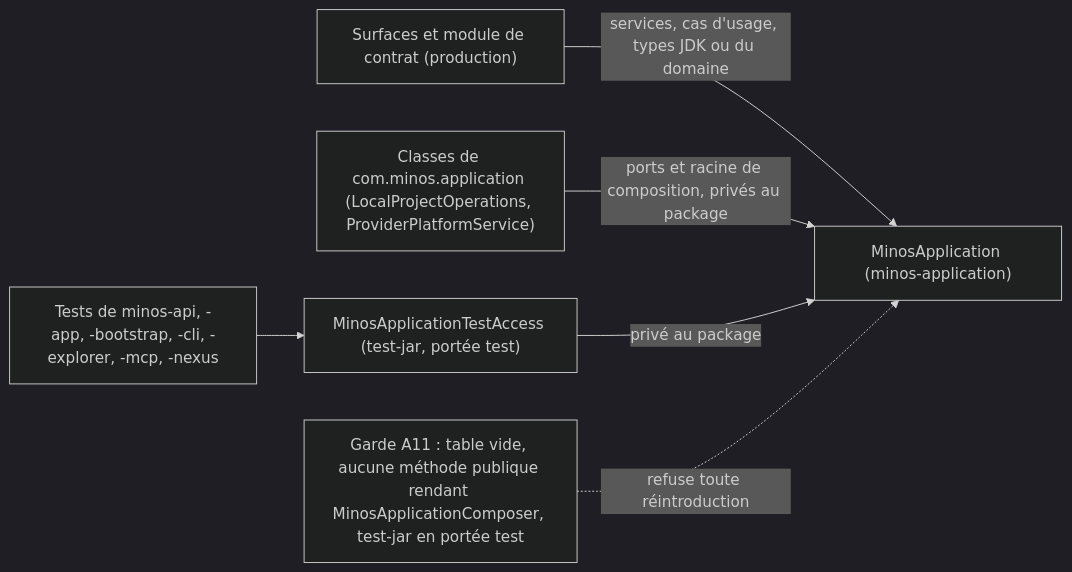
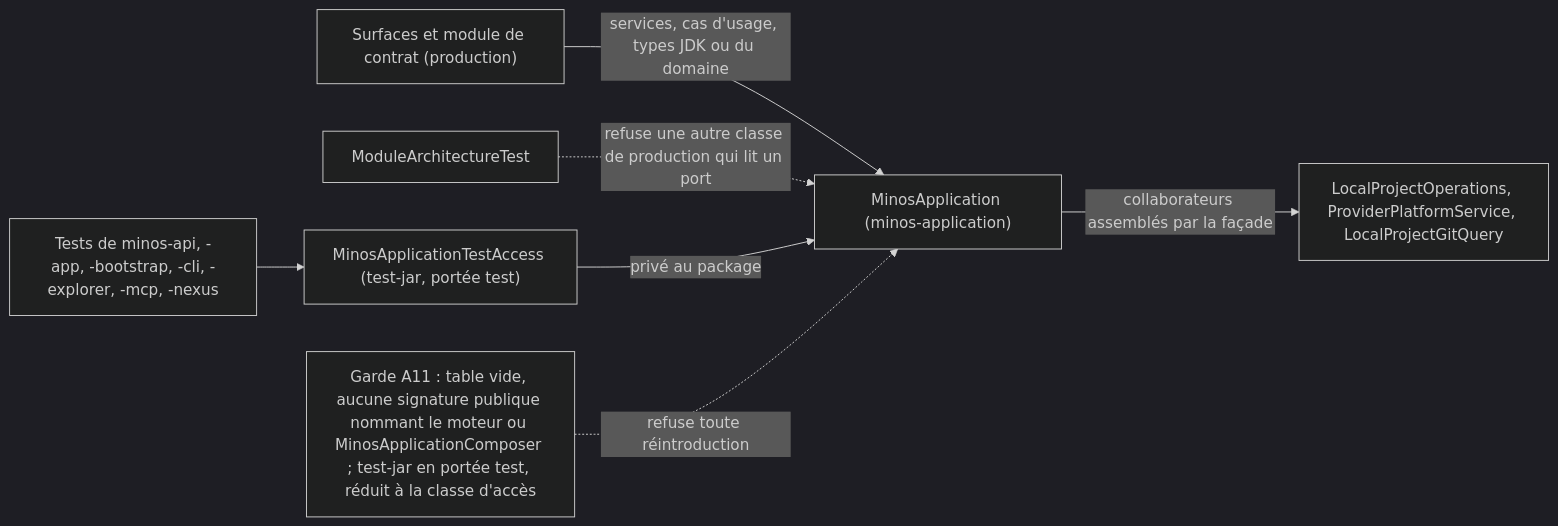
The second of 2 diagrams in docs/architecture/diagrams/capacites/frontieres-de-modules.md (FTurleque/minos-code-intelligence), drawn with Mermaid (dark theme) before and after one commit. The commit also changed other lines of this file and 49 other files, not shown here.

````diff
--- a/docs/architecture/diagrams/capacites/frontieres-de-modules.md
+++ b/docs/architecture/diagrams/capacites/frontieres-de-modules.md
@@ -97,8 +99,9 @@
 ```mermaid
 flowchart LR
   surf["Surfaces et module de contrat (production)"] -->|"services, cas d'usage, types JDK ou du domaine"| app["MinosApplication (minos-application)"]
-  pkg["Classes de com.minos.application (LocalProjectOperations, ProviderPlatformService)"] -->|"ports et racine de composition, privés au package"| app
+  app -->|"collaborateurs assemblés par la façade"| ops["LocalProjectOperations, ProviderPlatformService, LocalProjectGitQuery"]
+  unit["ModuleArchitectureTest"] -.->|"refuse une autre classe de production qui lit un port"| app
   tests["Tests de minos-api, -app, -bootstrap, -cli, -explorer, -mcp, -nexus"] --> access["MinosApplicationTestAccess (test-jar, portée test)"]
   access -->|"privé au package"| app
-  guard["Garde A11 : table vide, aucune méthode publique rendant MinosApplicationComposer, test-jar en portée test"] -.->|"refuse toute réintroduction"| app
+  guard["Garde A11 : table vide, aucune signature publique nommant le moteur ou MinosApplicationComposer ; test-jar en portée test, réduit à la classe d'accès"] -.->|"refuse toute réintroduction"| app
 ```
````
